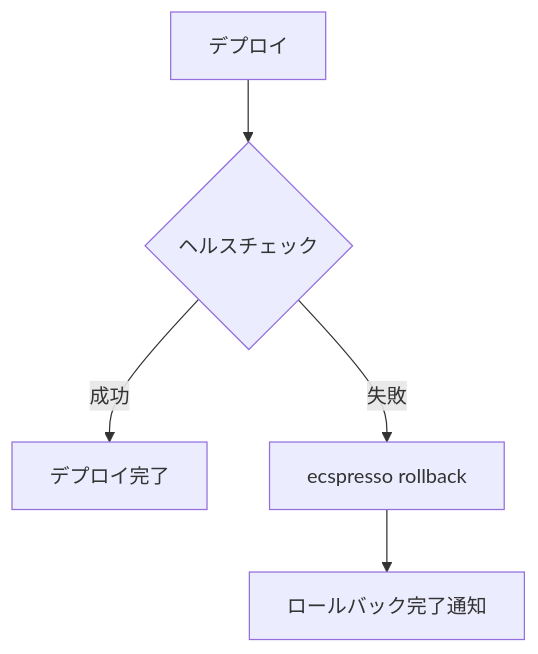
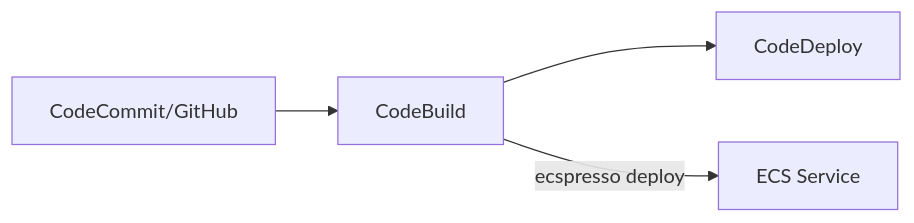
One commit to bufferings/devin-docs changed the diagram in ecspresso/practical/cicd.md. Above: the diagram before and after it, drawn with Mermaid. The commit also changed other lines of this file and 16 other files, not shown here.

Commit message:
Create new ecspresso documentation based on source code analysis

````diff
--- a/ecspresso/practical/cicd.md
+++ b/ecspresso/practical/cicd.md
@@ -170,7 +93,6 @@
 ```mermaid
-graph TD
-    A[デプロイ] --> B{ヘルスチェック}
-    B -->|成功| C[デプロイ完了]
-    B -->|失敗| D[ecspresso rollback]
-    D --> E[ロールバック完了通知]
+graph LR
+    A[CodeCommit/GitHub] --> B[CodeBuild]
+    B --> C[CodeDeploy]
+    B -- ecspresso deploy --> D[ECS Service]
 ```
````
